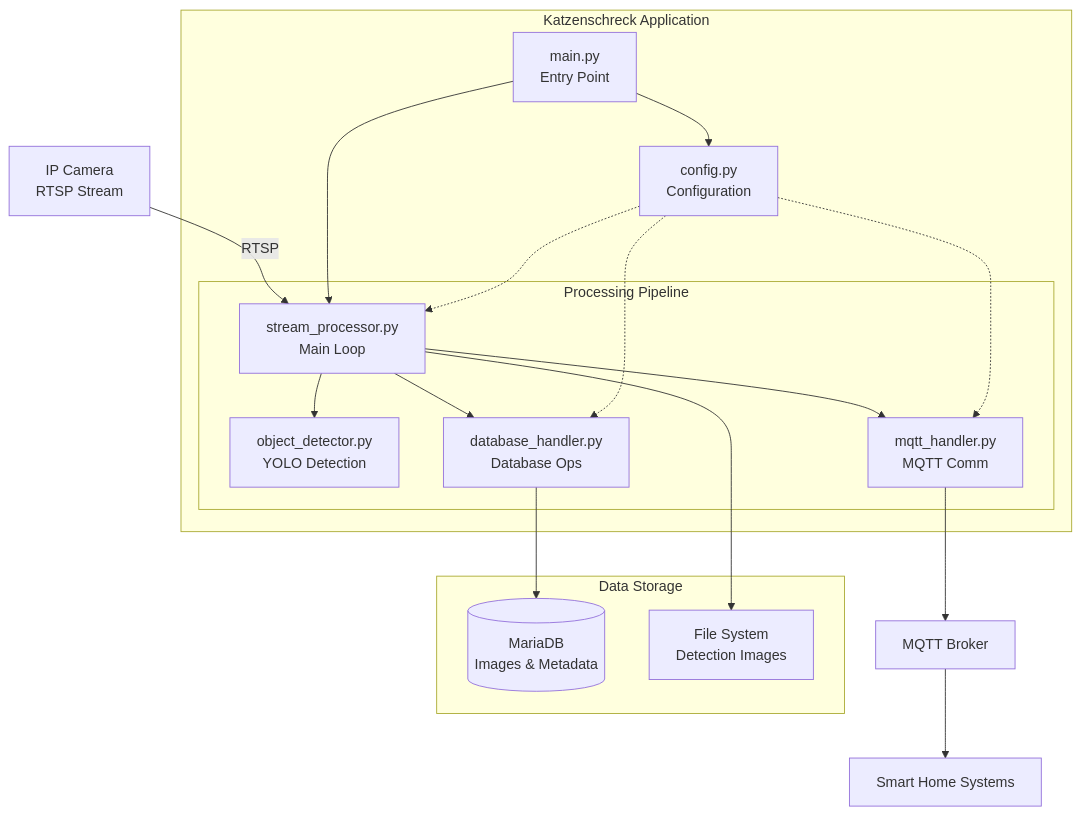
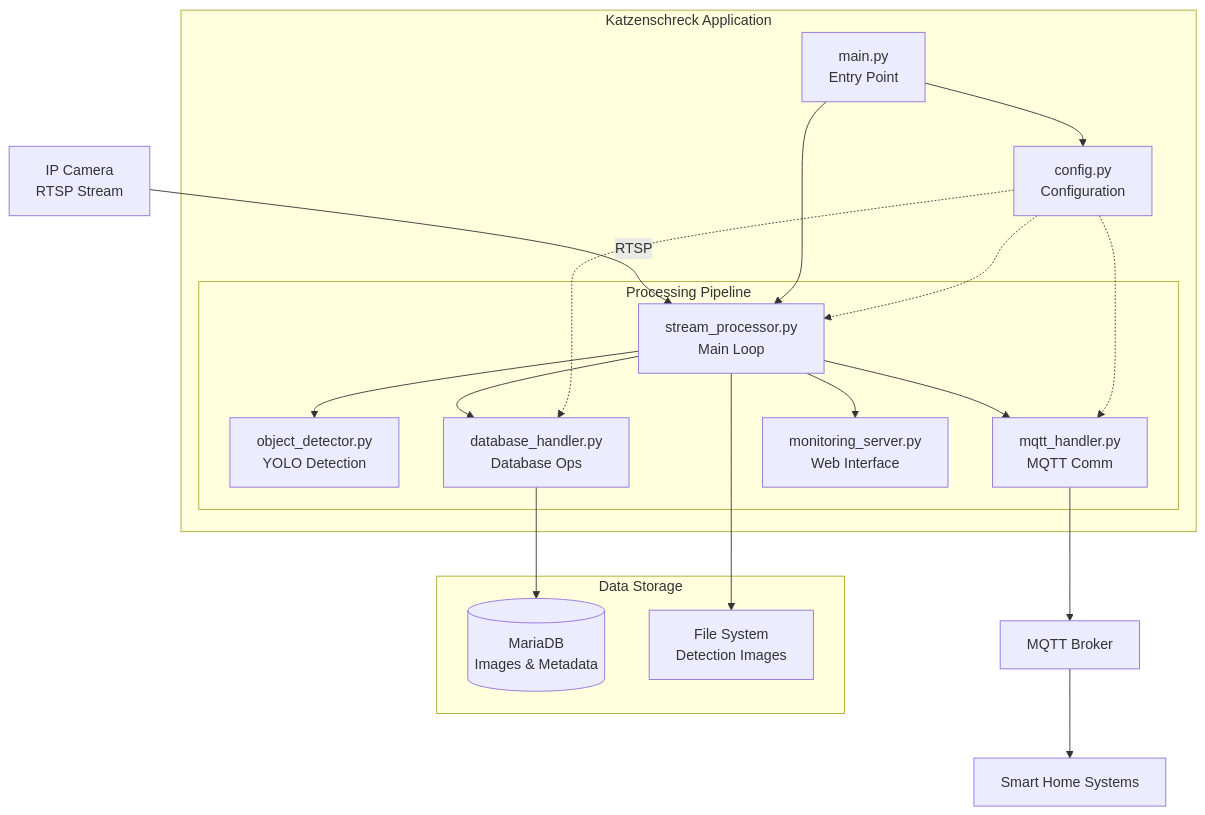
One commit to andremotz/katzenschreck-fcats changed the diagram in README.md. Above: the diagram before and after it, drawn with Mermaid. The commit also changed other lines of this file and 8 other files, not shown here.

First line of the commit message:
Add monitoring functionality to StreamProcessor

````diff
--- a/README.md
+++ b/README.md
@@ -117,38 +120,40 @@
 ```mermaid
 graph TB
     Camera[IP Camera<br/>RTSP Stream]
     
     subgraph "Katzenschreck Application"
         Main[main.py<br/>Entry Point]
         Config[config.py<br/>Configuration]
         
         subgraph "Processing Pipeline"
             Stream[stream_processor.py<br/>Main Loop]
             Detector[object_detector.py<br/>YOLO Detection]
             DB[database_handler.py<br/>Database Ops]
             MQTT[mqtt_handler.py<br/>MQTT Comm]
+            Monitor[monitoring_server.py<br/>Web Interface]
         end
     end
     
     subgraph "Data Storage"
         MariaDB[(MariaDB<br/>Images & Metadata)]
         FileSystem[File System<br/>Detection Images]
     end
     
     MQTTBroker[MQTT Broker]
     SmartHome[Smart Home Systems]
     
     Camera -->|RTSP| Stream
     Main --> Config
     Main --> Stream
     Stream --> Detector
     Stream --> DB
     Stream --> MQTT
     Stream --> FileSystem
+    Stream --> Monitor
     Config -.-> Stream
     Config -.-> DB
     Config -.-> MQTT
     DB --> MariaDB
     MQTT --> MQTTBroker
     MQTTBroker --> SmartHome
 ```
````
